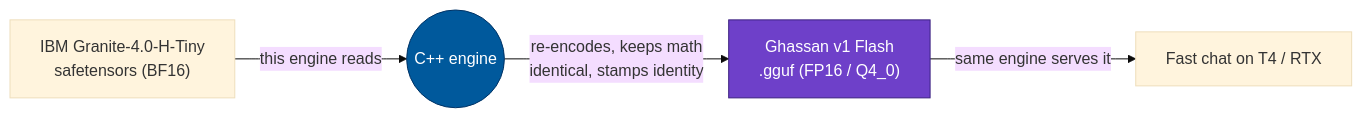
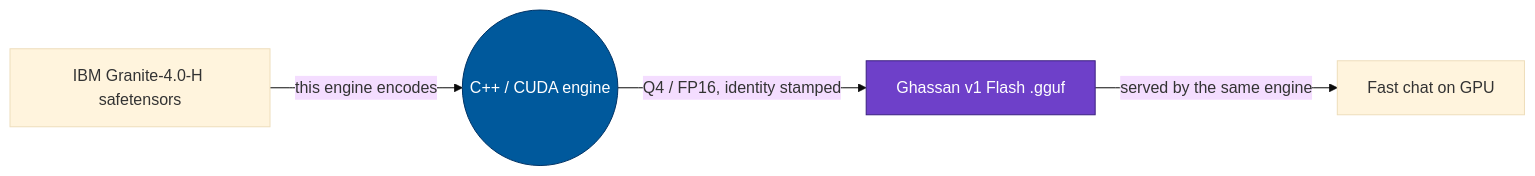
The diagram in README.md (mohammedaminerhassan-spec/jdm-Ghassan_v1_flach), drawn with Mermaid (base theme) before and after one commit. The commit also changed other lines of this file and 46 other files, not shown here.

````diff
--- a/README.md
+++ b/README.md
@@ -51,8 +25,8 @@
 ```mermaid
 flowchart LR
-    A["IBM Granite-4.0-H-Tiny<br/>safetensors (BF16)"] -->|"this engine reads"| B(("C++ engine"))
-    B -->|"re-encodes, keeps math<br/>identical, stamps identity"| C["Ghassan v1 Flash<br/>.gguf (FP16 / Q4_0)"]
-    C -->|"same engine serves it"| D["Fast chat on T4 / RTX"]
+    A["IBM Granite-4.0-H safetensors"] -->|"this engine encodes"| B(("C++ / CUDA engine"))
+    B -->|"Q4 / FP16, identity stamped"| C["Ghassan v1 Flash .gguf"]
+    C -->|"served by the same engine"| D["Fast chat on GPU"]
     style B fill:#00599C,stroke:#003366,color:#fff
     style C fill:#6E40C9,stroke:#3B2080,color:#fff
 ```
````
